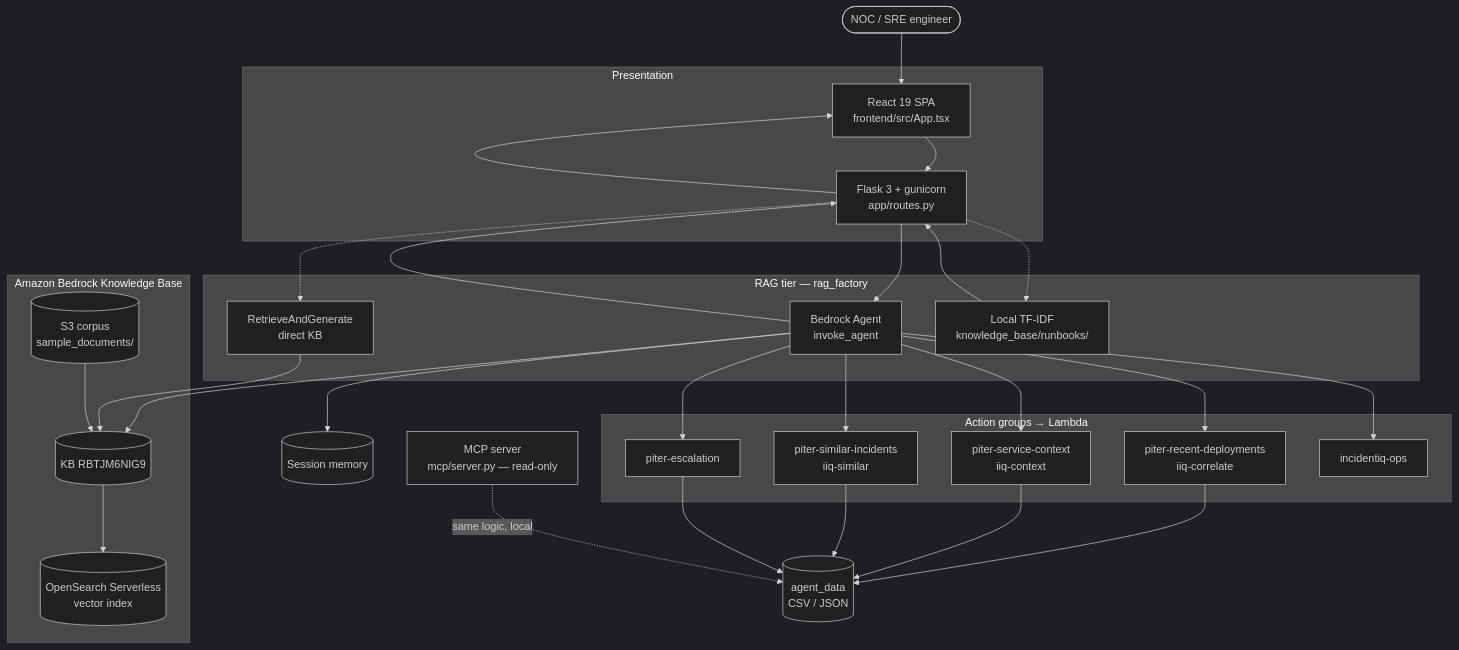
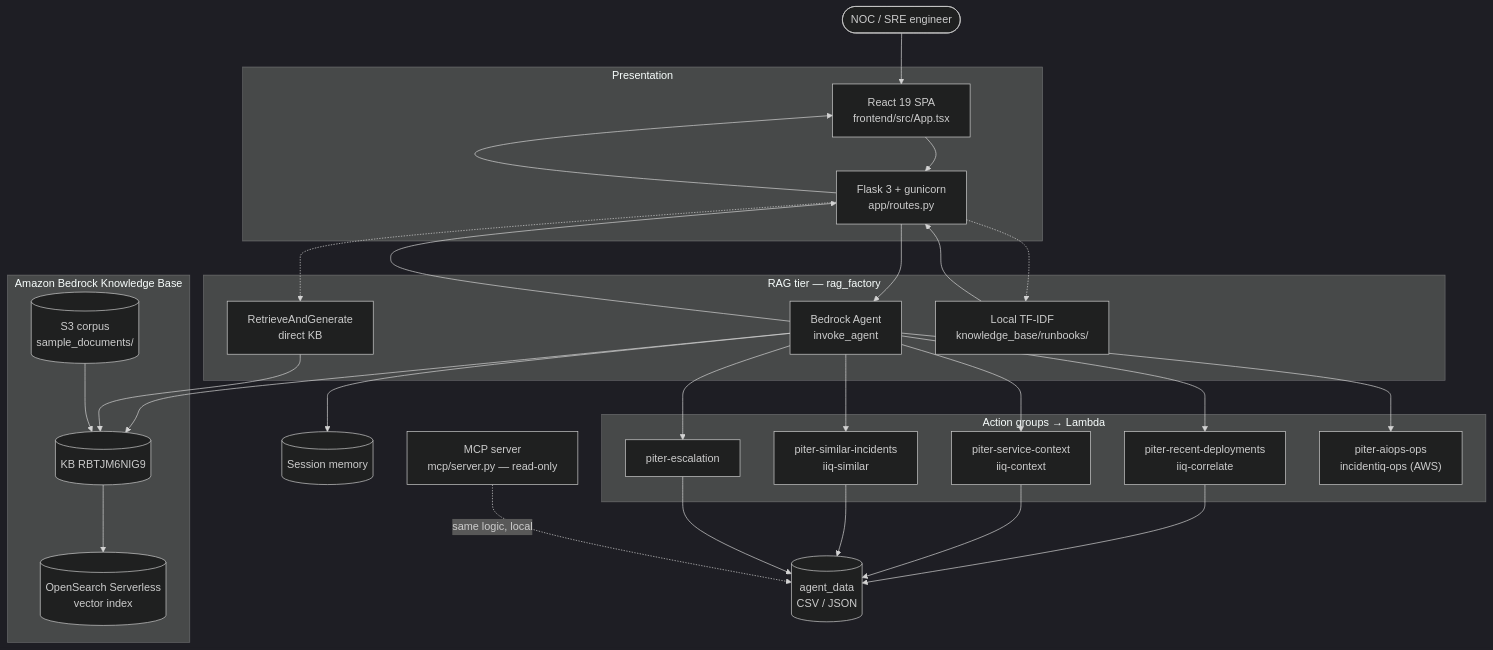
The second of 4 diagrams in projects/piter-aiops/README.md (reem-mor/ai-engineering-portfolio), drawn with Mermaid (dark theme) before and after one commit. The commit also changed other lines of this file and 28 other files, not shown here.

````diff
--- a/projects/piter-aiops/README.md
+++ b/projects/piter-aiops/README.md
@@ -119,50 +131,50 @@
 ```mermaid
 flowchart TB
   ENG(["NOC / SRE engineer"])
 
   subgraph PRES["Presentation"]
     SPA["React 19 SPA<br/>frontend/src/App.tsx"]
     FLASK["Flask 3 + gunicorn<br/>app/routes.py"]
   end
 
   subgraph RAG["RAG tier — rag_factory"]
     AGENT["Bedrock Agent<br/>invoke_agent"]
     RNG["RetrieveAndGenerate<br/>direct KB"]
     LOCAL["Local TF-IDF<br/>knowledge_base/runbooks/"]
   end
 
   subgraph KBBOX["Amazon Bedrock Knowledge Base"]
     KB[("KB RBTJM6NIG9")]
     S3[("S3 corpus<br/>sample_documents/")]
     OSS[("OpenSearch Serverless<br/>vector index")]
   end
 
   subgraph AG["Action groups → Lambda"]
     L1["piter-recent-deployments<br/>iiq-correlate"]
     L2["piter-service-context<br/>iiq-context"]
     L3["piter-similar-incidents<br/>iiq-similar"]
     L4["piter-escalation"]
-    OPS["incidentiq-ops"]
+    OPS["piter-aiops-ops<br/>incidentiq-ops (AWS)"]
   end
 
   DATA[("agent_data<br/>CSV / JSON")]
   MEM[("Session memory")]
   MCP["MCP server<br/>mcp/server.py — read-only"]
 
   ENG --> SPA
   SPA --> FLASK
   FLASK --> AGENT
   FLASK -.-> RNG
   FLASK -.-> LOCAL
   AGENT --> MEM
   AGENT --> KB
   RNG --> KB
   S3 --> KB
   KB --> OSS
   AGENT --> L1 & L2 & L3 & L4 & OPS
   L1 & L2 & L3 & L4 --> DATA
   MCP -.->|"same logic, local"| DATA
   AGENT --> FLASK
   LOCAL --> FLASK
   FLASK --> SPA
 ```
````
